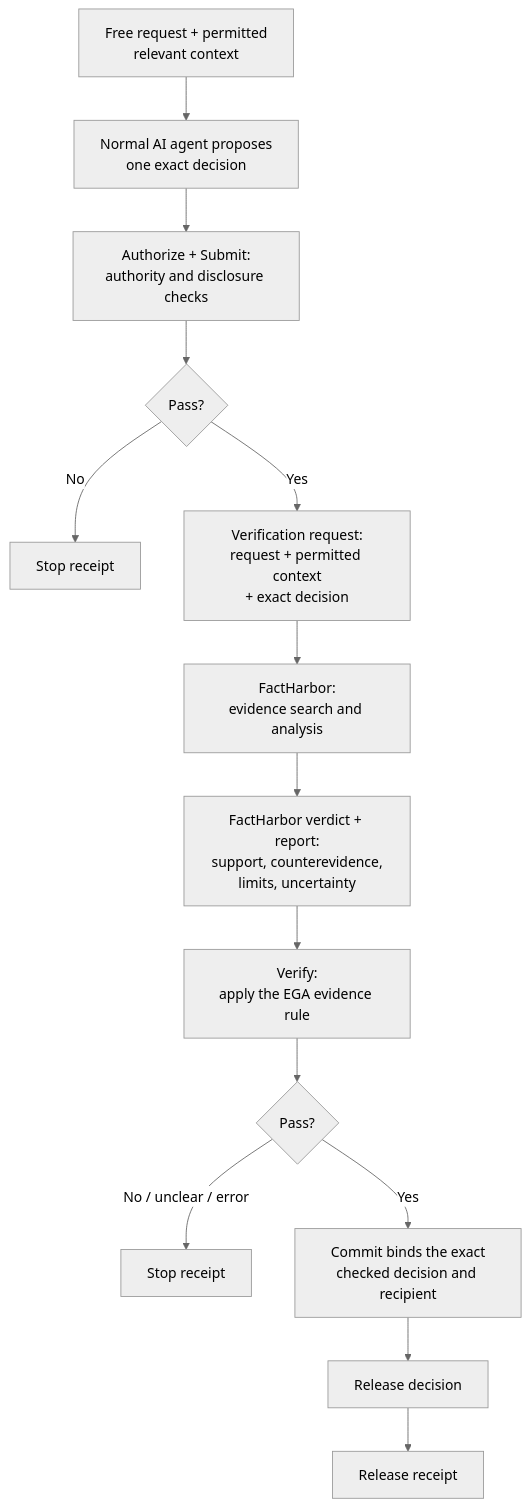
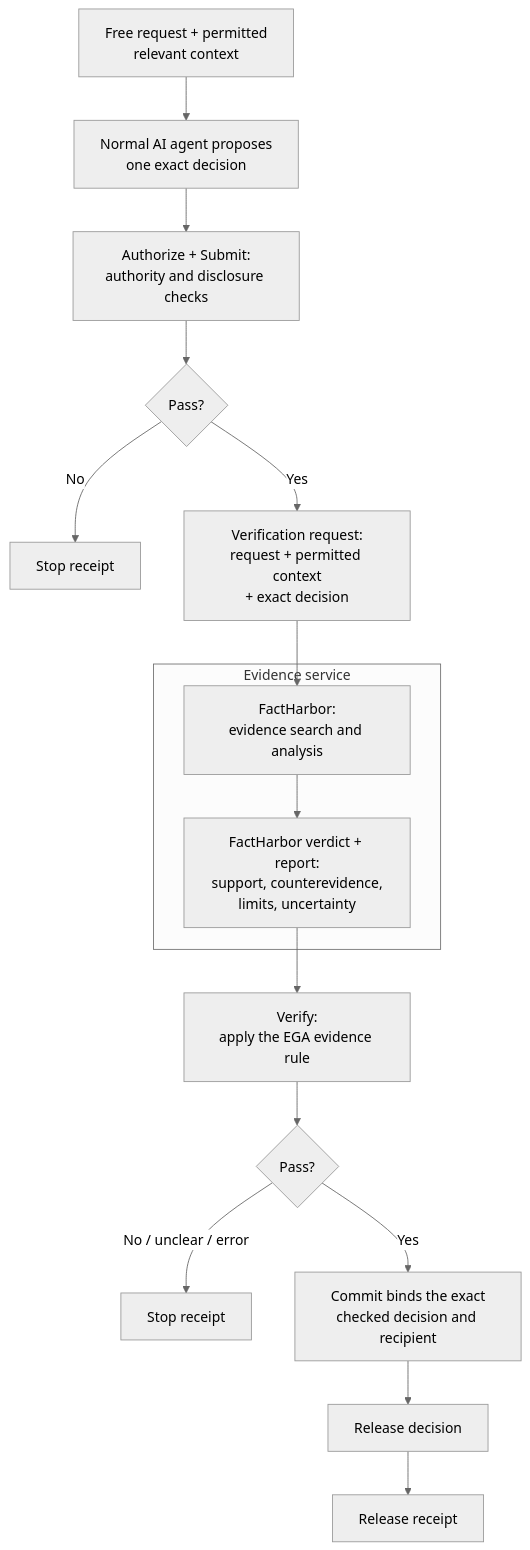
One commit to robertschaub/our-ai-charter changed the second of 2 diagrams in docs/Assurance/Concepts/evidence-gated-agents.md. Above: the diagram before and after it, drawn with Mermaid (neutral theme).

Commit message:
docs(ega): identify prototype evidence service

````diff
--- a/docs/Assurance/Concepts/evidence-gated-agents.md
+++ b/docs/Assurance/Concepts/evidence-gated-agents.md
@@ -90,16 +90,18 @@
 ```mermaid
 flowchart TD
     U["Free request + permitted<br/>relevant context"] --> A["Normal AI agent proposes<br/>one exact decision"]
     A --> PRE["Authorize + Submit:<br/>authority and disclosure checks"]
     PRE --> P{"Pass?"}
     P -->|No| N1["Stop receipt"]
     P -->|Yes| Q["Verification request:<br/>request + permitted context<br/>+ exact decision"]
-    Q --> F["FactHarbor:<br/>evidence search and analysis"]
-    F --> FR["FactHarbor verdict + report:<br/>support, counterevidence,<br/>limits, uncertainty"]
+    subgraph ES["Evidence service"]
+        F["FactHarbor:<br/>evidence search and analysis"] --> FR["FactHarbor verdict + report:<br/>support, counterevidence,<br/>limits, uncertainty"]
+    end
+    Q --> F
     FR --> V["Verify:<br/>apply the EGA evidence rule"]
     V --> D{"Pass?"}
     D -->|No / unclear / error| N2["Stop receipt"]
     D -->|Yes| C["Commit binds the exact<br/>checked decision and recipient"]
     C --> O["Release decision"]
     O --> RR["Release receipt"]
 ```
````
